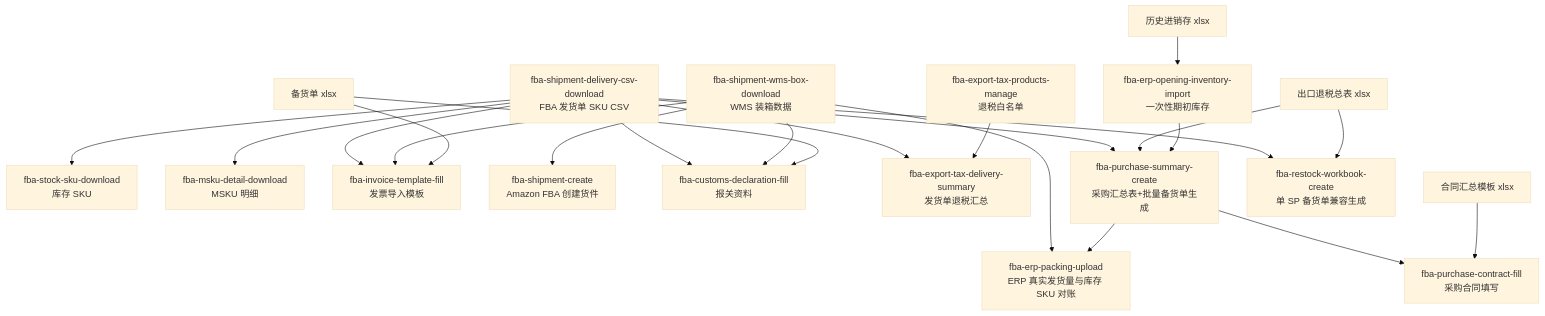
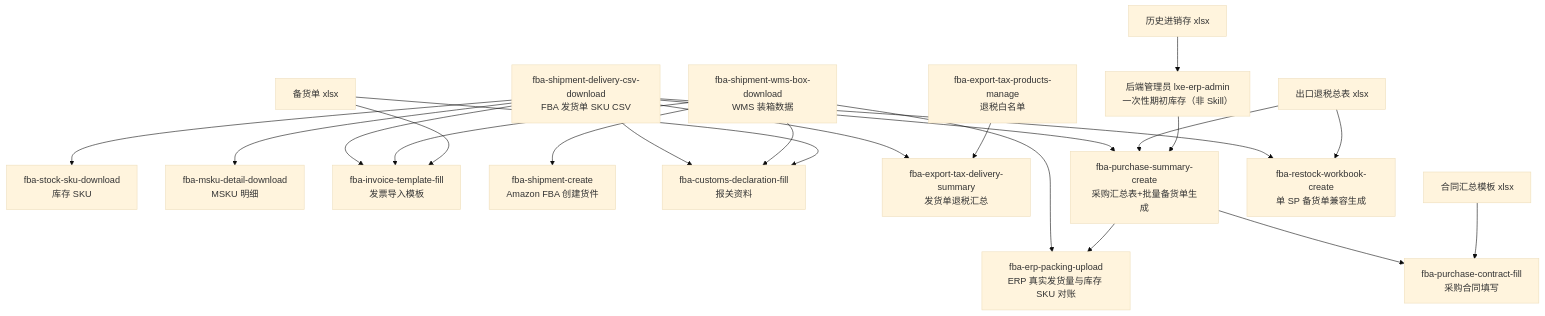
Before and after one commit to LXE123/LXE_AGENT: the diagram in skills/fba-workflow-map/SKILL.md, drawn with Mermaid (base theme). The commit also changed other lines of this file and 7 other files, not shown here.

Commit message:
refactor: move opening inventory import server-side

````diff
--- a/skills/fba-workflow-map/SKILL.md
+++ b/skills/fba-workflow-map/SKILL.md
@@ -26,26 +26,26 @@
 ```mermaid
 flowchart TD
   A["fba-shipment-delivery-csv-download<br/>FBA 发货单 SKU CSV"] --> B["fba-stock-sku-download<br/>库存 SKU"]
   A --> C["fba-msku-detail-download<br/>MSKU 明细"]
   A --> D["fba-invoice-template-fill<br/>发票导入模板"]
 
   E["fba-shipment-wms-box-download<br/>WMS 装箱数据"] --> F["fba-shipment-create<br/>Amazon FBA 创建货件"]
   E --> R["fba-erp-packing-upload<br/>ERP 真实发货量与库存 SKU 对账"]
   E --> D
   L["备货单 xlsx"] --> D
   A --> H["fba-customs-declaration-fill<br/>报关资料"]
   E --> H["fba-customs-declaration-fill<br/>报关资料"]
   L["备货单 xlsx"] --> H
 
   A --> I["fba-export-tax-delivery-summary<br/>发货单退税汇总"]
   J["fba-export-tax-products-manage<br/>退税白名单"] --> I
   A --> M["fba-purchase-summary-create<br/>采购汇总表+批量备货单生成"]
   N["出口退税总表 xlsx"] --> M
-  X["历史进销存 xlsx"] --> Y["fba-erp-opening-inventory-import<br/>一次性期初库存"]
+  X["历史进销存 xlsx"] --> Y["后端管理员 lxe-erp-admin<br/>一次性期初库存（非 Skill）"]
   Y --> M
   M --> R
   M --> P["fba-purchase-contract-fill<br/>采购合同填写"]
   Q["合同汇总模板 xlsx"] --> P
   A --> O["fba-restock-workbook-create<br/>单 SP 备货单兼容生成"]
   N --> O
 ```
````
